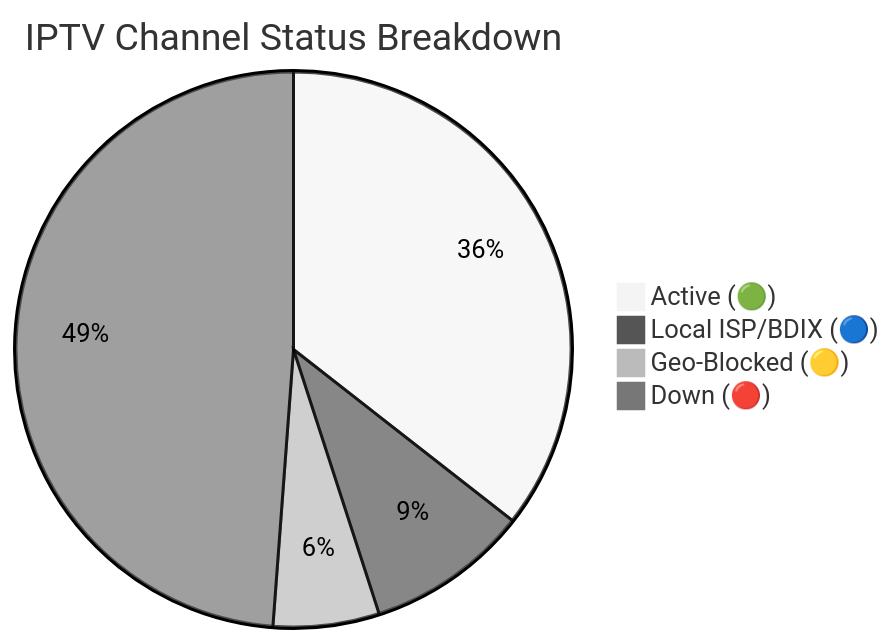
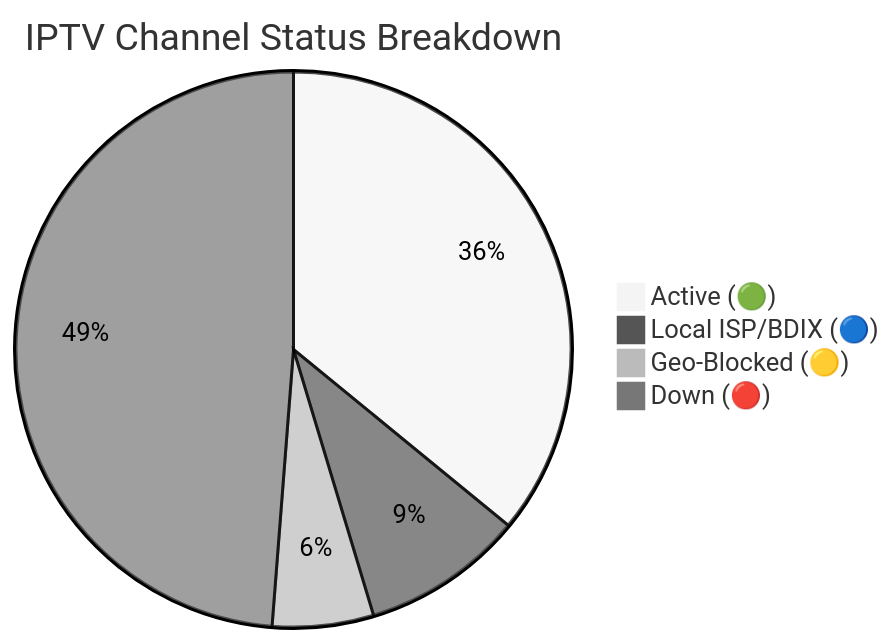
The diagram in README.md (andreataylord/Ip-tv-Collection), drawn with Mermaid (neutral theme) before and after one commit. The commit also changed other lines of this file and 3 other files, not shown here.

````diff
--- a/README.md
+++ b/README.md
@@ -59,7 +59,7 @@
 ```mermaid
 pie title IPTV Channel Status Breakdown
-    "Active (🟢)" : 2888
-    "Local ISP/BDIX (🔵)" : 768
-    "Geo-Blocked (🟡)" : 501
-    "Down (🔴)" : 3965
+    "Active (🟢)" : 2989
+    "Local ISP/BDIX (🔵)" : 784
+    "Geo-Blocked (🟡)" : 490
+    "Down (🔴)" : 4058
 ```
````
